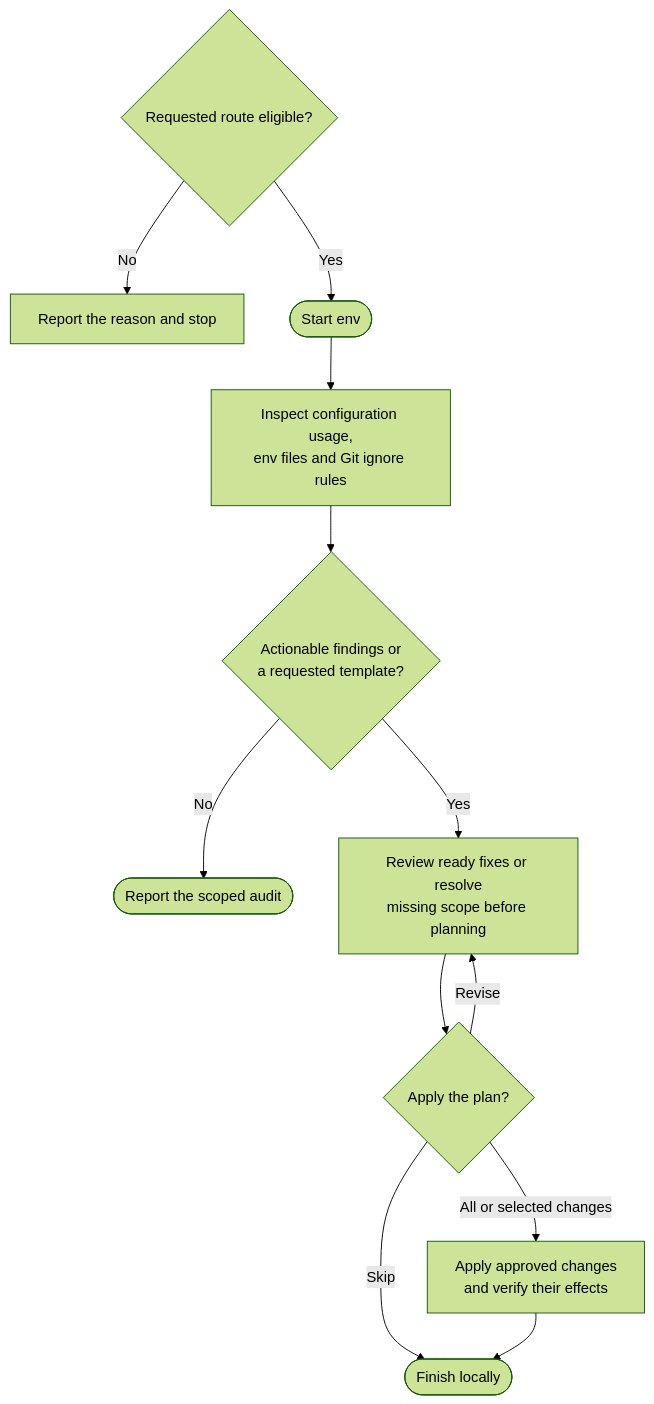
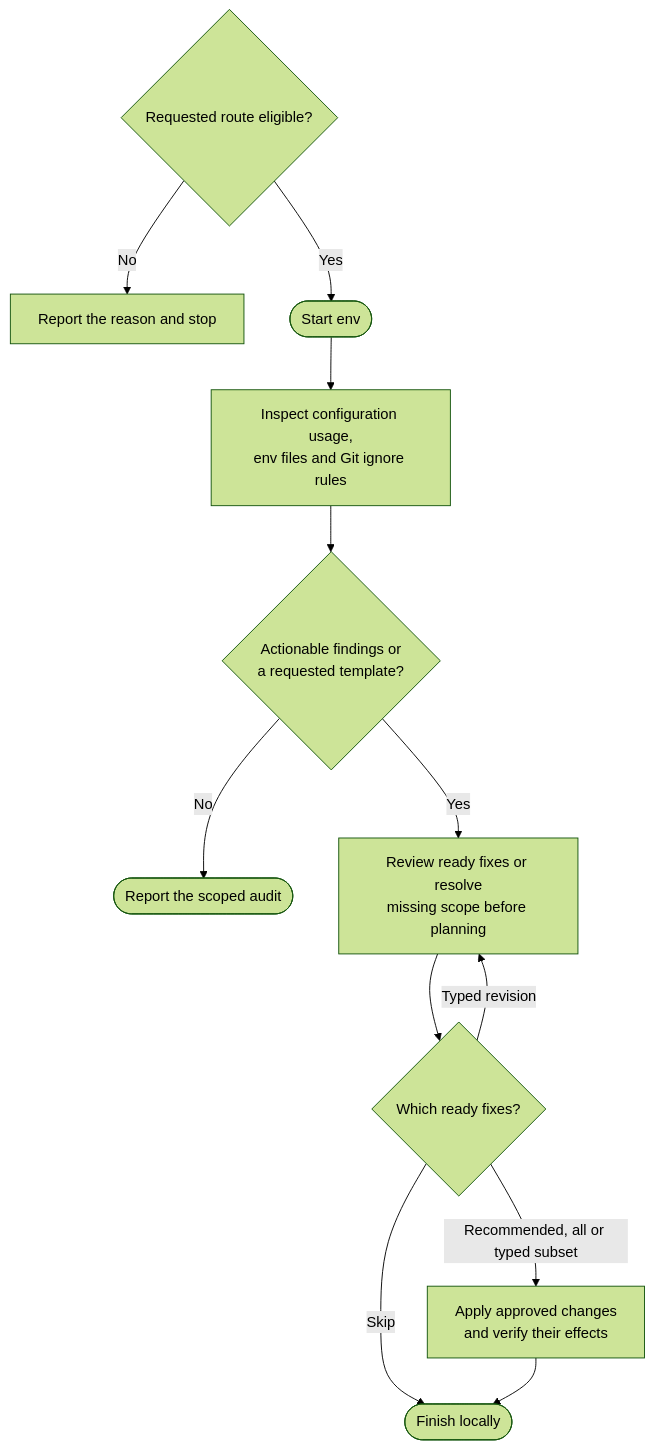
One commit to myowinthein/agent-helm changed the diagram in docs/commands/env/detailed.md. Above: the diagram before and after it, drawn with Mermaid (forest theme). The commit also changed other lines of this file and 2 other files, not shown here.

````diff
--- a/docs/commands/env/detailed.md
+++ b/docs/commands/env/detailed.md
@@ -22,14 +22,14 @@
 ```mermaid
 flowchart TD
   Entry{"Requested route eligible?"} -->|No| Blocked["Report the reason and stop"]
   Entry -->|Yes| Start
   Start(["Start env"]) --> Audit["Inspect configuration usage,<br/>env files and Git ignore rules"]
   Audit --> Findings{"Actionable findings or<br/>a requested template?"}
   Findings -->|No| Report(["Report the scoped audit"])
   Findings -->|Yes| Plan["Review ready fixes or resolve<br/>missing scope before planning"]
-  Plan --> Choice{"Apply the plan?"}
-  Choice -->|Revise| Plan
+  Plan --> Choice{"Which ready fixes?"}
+  Choice -->|Typed revision| Plan
   Choice -->|Skip| Finish(["Finish locally"])
-  Choice -->|All or selected changes| Apply["Apply approved changes<br/>and verify their effects"]
+  Choice -->|Recommended, all or typed subset| Apply["Apply approved changes<br/>and verify their effects"]
   Apply --> Finish
 ```
````
